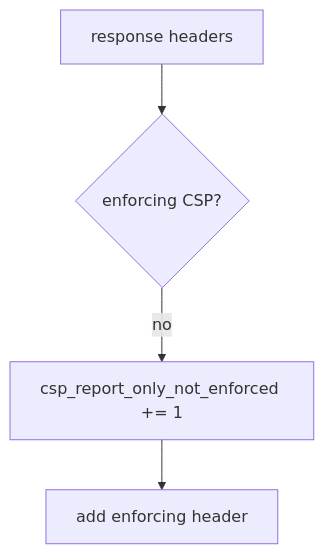
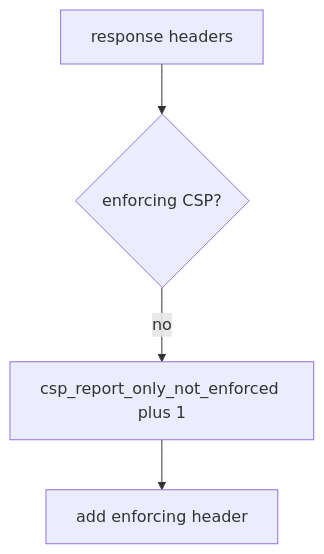
The diagram in content/modules/e/E2/lessons/06-operate.md (ishitvagoel/LearnSecurity), drawn with Mermaid before and after one commit. The commit also changed other lines of this file and 28 other files, not shown here.

````diff
--- a/content/modules/e/E2/lessons/06-operate.md
+++ b/content/modules/e/E2/lessons/06-operate.md
@@ -13,6 +13,6 @@
 ```mermaid
 flowchart TD
   Hdr[response headers] --> Mode{enforcing CSP?}
-  Mode -->|no| Metric["csp_report_only_not_enforced += 1"]
+  Mode -->|no| Metric["csp_report_only_not_enforced plus 1"]
   Metric --> Flip[add enforcing header]
 ```
````
